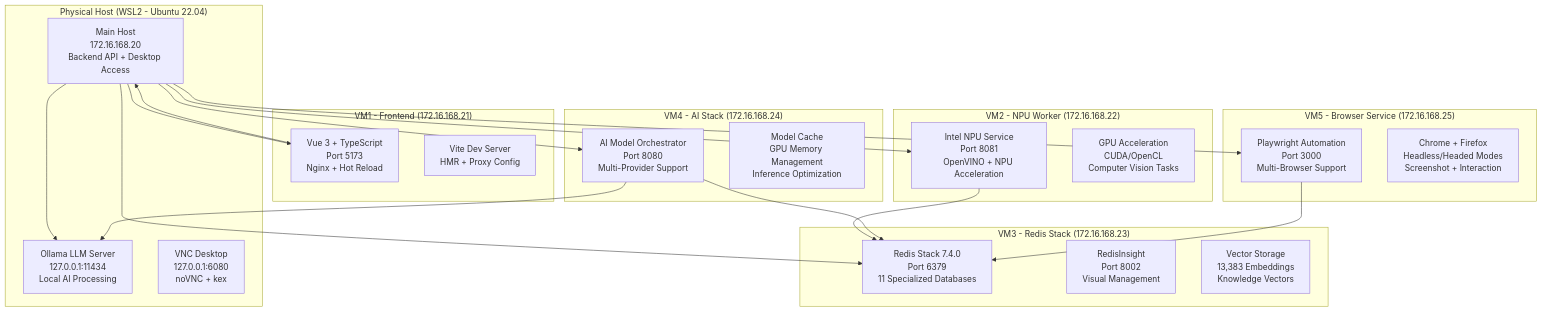
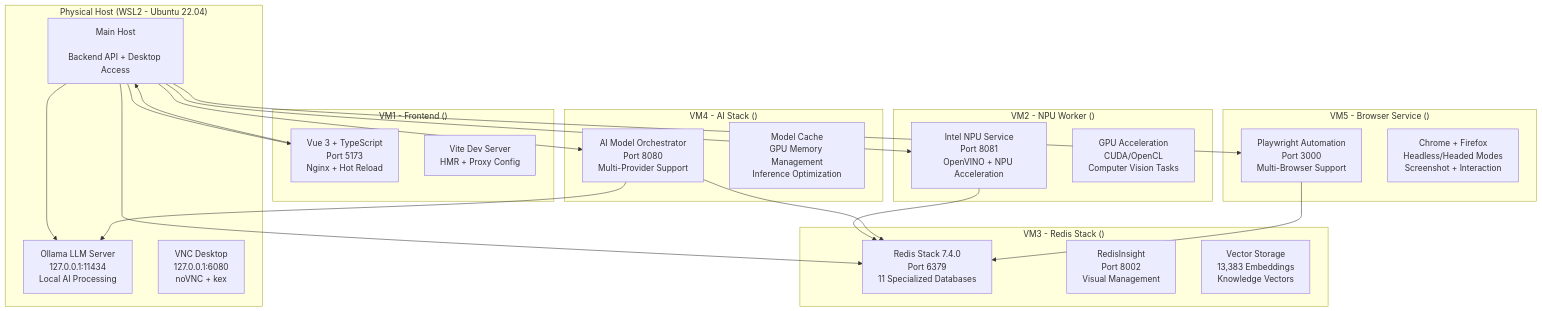
The first of 3 diagrams in docs/architecture/DISTRIBUTED_ARCHITECTURE.md (mrveiss/AutoBot-AI), drawn with Mermaid before and after one commit. The commit also changed other lines of this file and 150 other files, not shown here.

````diff
--- a/docs/architecture/DISTRIBUTED_ARCHITECTURE.md
+++ b/docs/architecture/DISTRIBUTED_ARCHITECTURE.md
@@ -22,48 +22,48 @@
 ```mermaid
 graph TB
     subgraph "Physical Host (WSL2 - Ubuntu 22.04)"
-        MainHost[Main Host<br/>172.16.168.20<br/>Backend API + Desktop Access]
+        MainHost[Main Host<br/><backend-ip><br/>Backend API + Desktop Access]
         OllamaLocal[Ollama LLM Server<br/>127.0.0.1:11434<br/>Local AI Processing]
         VNC[VNC Desktop<br/>127.0.0.1:6080<br/>noVNC + kex]
     end
 
-    subgraph "VM1 - Frontend (172.16.168.21)"
+    subgraph "VM1 - Frontend (<frontend-ip>)"
         Vue3[Vue 3 + TypeScript<br/>Port 5173<br/>Nginx + Hot Reload]
         Vite[Vite Dev Server<br/>HMR + Proxy Config]
     end
 
-    subgraph "VM2 - NPU Worker (172.16.168.22)"
+    subgraph "VM2 - NPU Worker (<npu-ip>)"
         NPUService[Intel NPU Service<br/>Port 8081<br/>OpenVINO + NPU Acceleration]
         GPUProcess[GPU Acceleration<br/>CUDA/OpenCL<br/>Computer Vision Tasks]
     end
 
-    subgraph "VM3 - Redis Stack (172.16.168.23)"
+    subgraph "VM3 - Redis Stack (<database-ip>)"
         RedisStack[Redis Stack 7.4.0<br/>Port 6379<br/>11 Specialized Databases]
         RedisInsight[RedisInsight<br/>Port 8002<br/>Visual Management]
         VectorDB[Vector Storage<br/>13,383 Embeddings<br/>Knowledge Vectors]
     end
 
-    subgraph "VM4 - AI Stack (172.16.168.24)"
+    subgraph "VM4 - AI Stack (<aiml-ip>)"
         AIOrchestrator[AI Model Orchestrator<br/>Port 8080<br/>Multi-Provider Support]
         ModelCache[Model Cache<br/>GPU Memory Management<br/>Inference Optimization]
     end
 
-    subgraph "VM5 - Browser Service (172.16.168.25)"
+    subgraph "VM5 - Browser Service (<browser-ip>)"
         Playwright[Playwright Automation<br/>Port 3000<br/>Multi-Browser Support]
         WebDrivers[Chrome + Firefox<br/>Headless/Headed Modes<br/>Screenshot + Interaction]
     end
 
     MainHost --> Vue3
     MainHost --> NPUService
     MainHost --> RedisStack
     MainHost --> AIOrchestrator  
     MainHost --> Playwright
 
     Vue3 --> MainHost
     NPUService --> RedisStack
     AIOrchestrator --> RedisStack
     Playwright --> RedisStack
 
     MainHost --> OllamaLocal
     AIOrchestrator --> OllamaLocal
 ```
````
